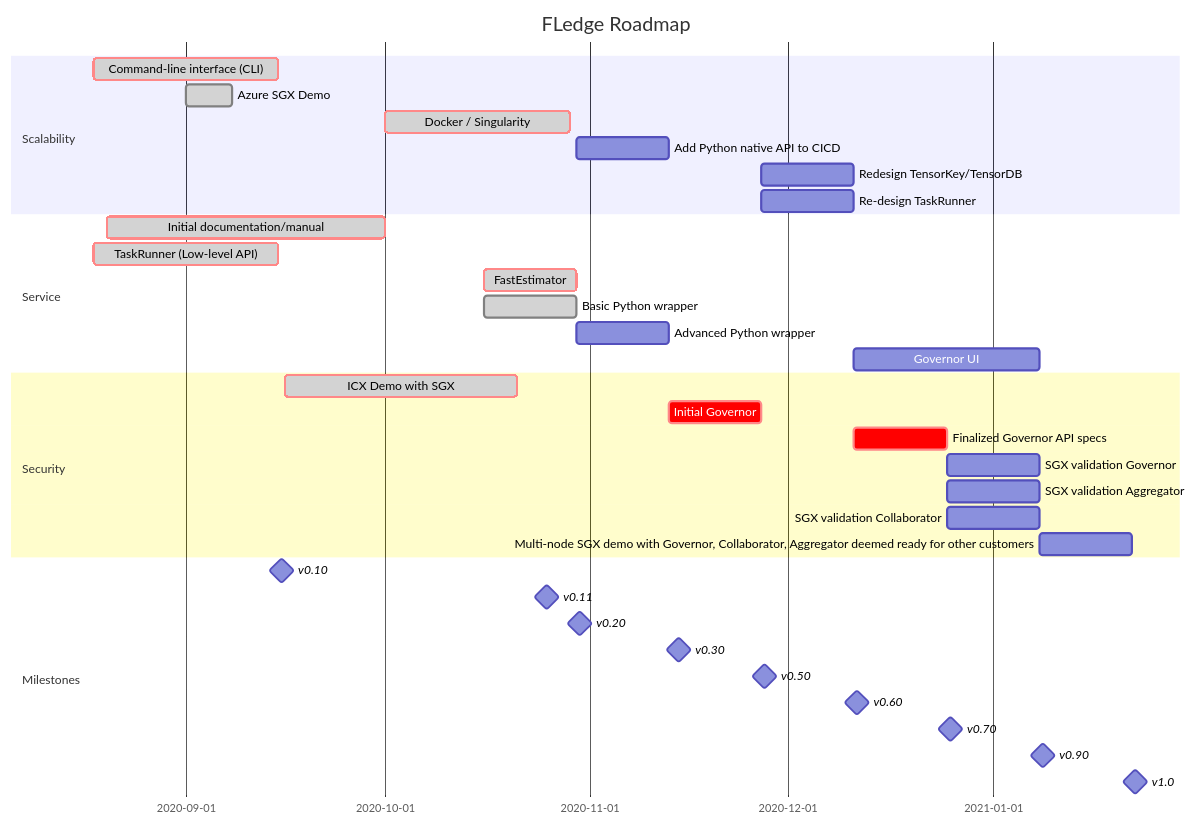
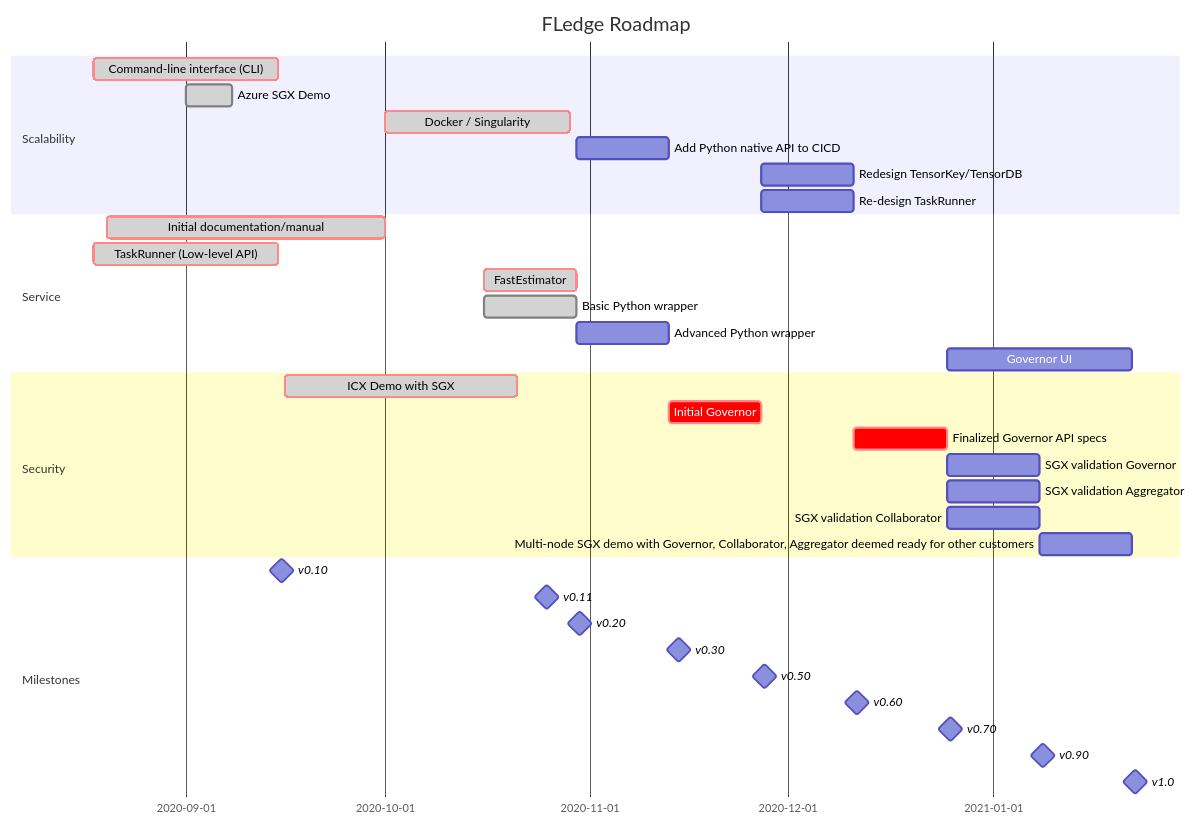
The diagram in docs/mermaid/roadmap.md (psfoley/openfl), drawn with Mermaid before and after one commit.

````diff
--- a/docs/mermaid/roadmap.md
+++ b/docs/mermaid/roadmap.md
@@ -1,51 +1,51 @@
 ```mermaid
 gantt
 
     dateFormat  YYYY-MM-DD
     title FLedge Roadmap
     %% Intel IOTG Federated Learning
 
     section Scalability
 
         Command-line interface (CLI)  : done, crit, tag_cli, 2020-08-18, 4w
         Azure SGX Demo                : done, tag_azure_demo, 2020-09-01, 1w
         Docker / Singularity           : crit, done, tag_container, 2020-10-01, 4w
         Add Python native API to CICD : tag_python_api_cicd, 2020-10-30, 2w
         Redesign TensorKey/TensorDB   : tag_tensorkey, 2020-11-27, 2w
         Re-design TaskRunner          : tag_taskrunner, 2020-11-27, 2w
 
     section Service
 
         Initial documentation/manual : done, crit, tag_docs, 2020-08-20, 6w
         TaskRunner (Low-level API)   : done, crit, tag_lowlevel, 2020-08-18, 4w
         FastEstimator                : crit, done, tag_fastestimator, 2020-10-16, 2w
         Basic Python wrapper         : done, tag_basicpython, 2020-10-16, 2w
         Advanced Python wrapper      : tag_advanced_python, after tag_basicpython, 2w
-        Governor UI                  : tag_governor, after tag_taskrunner, 4w
+        Governor UI                  : tag_governor, after tag_final_api_gov, 4w
         
     section Security
 
         ICX Demo with SGX : done, crit, tag_icx_demo, 2020-09-16, 5w
         Initial Governor  : crit, tag_init_governor, after tag_advanced_python, 2w
 
         Finalized Governor API specs : crit, tag_final_api_gov, after tag_taskrunner, 2w
 
         SGX validation Governor     : tag_valid_governor, after tag_final_api_gov, 2w
         SGX validation Aggregator   : tag_valid_aggregator, after tag_final_api_gov, 2w
         SGX validation Collaborator : tag_valid_collaborator, after tag_final_api_gov, 2w
 
         Multi-node SGX demo with Governor, Collaborator, Aggregator deemed ready for other customers : tag_1.0, after tag_valid_governor, 2w
 
     section Milestones
 
         v0.10 : milestone, v0.10, 2020-09-15, 1d
         v0.11 : milestone, v0.11, 2020-10-25, 1d
         v0.20 : milestone, v0.20, 2020-10-30, 1d
         v0.30 : milestone, v0.30, 2020-11-14, 1d
         v0.50 : milestone, v0.50, 2020-11-27, 1d
         v0.60 : milestone, v0.60, 2020-12-11, 1d
         v0.70 : milestone, v0.70, 2020-12-25, 1d
         v0.90 : milestone, v0.90, 2021-01-08, 1d
         v1.0  : milestone, v1.0,  2021-01-22, 1d
         
 ```
````
